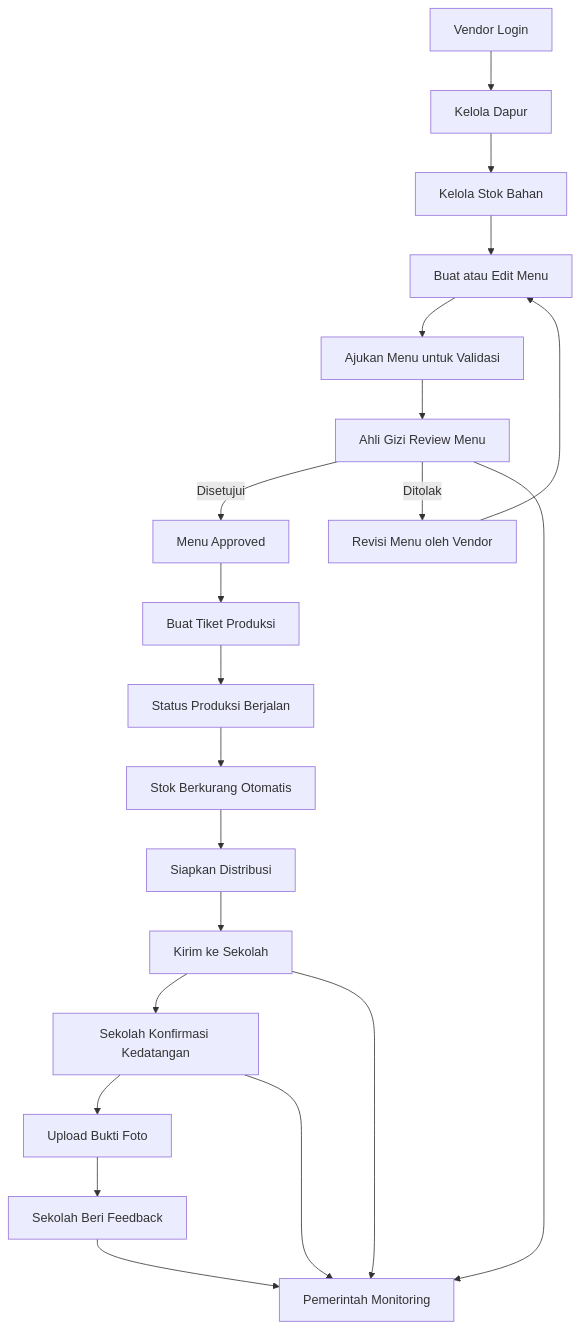
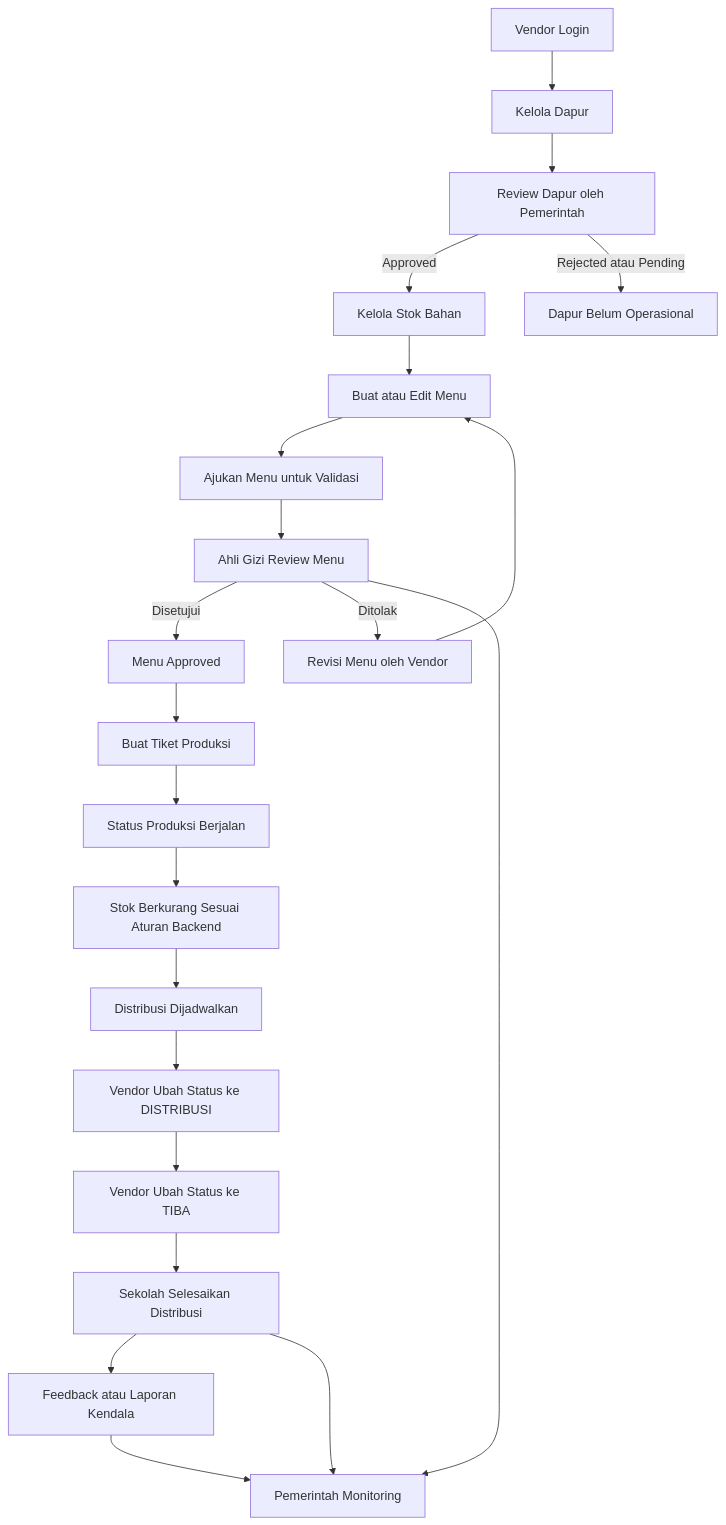
One commit to kaharmc226/Admin-MasBahlilGanteng changed the first of 3 diagrams in project-documentation/03-flowmap.md. Above: the diagram before and after it, drawn with Mermaid. The commit also changed other lines of this file and 8 other files, not shown here.

````diff
--- a/project-documentation/03-flowmap.md
+++ b/project-documentation/03-flowmap.md
@@ -5,23 +5,24 @@
 ```mermaid
 flowchart TD
     A[Vendor Login] --> B[Kelola Dapur]
-    B --> C[Kelola Stok Bahan]
-    C --> D[Buat atau Edit Menu]
-    D --> E[Ajukan Menu untuk Validasi]
-    E --> F[Ahli Gizi Review Menu]
-    F -->|Disetujui| G[Menu Approved]
-    F -->|Ditolak| H[Revisi Menu oleh Vendor]
-    H --> D
-    G --> I[Buat Tiket Produksi]
-    I --> J[Status Produksi Berjalan]
-    J --> K[Stok Berkurang Otomatis]
-    K --> L[Siapkan Distribusi]
-    L --> M[Kirim ke Sekolah]
-    M --> N[Sekolah Konfirmasi Kedatangan]
-    N --> O[Upload Bukti Foto]
-    O --> P[Sekolah Beri Feedback]
-    P --> Q[Pemerintah Monitoring]
-    M --> Q
-    F --> Q
-    N --> Q
+    B --> C[Review Dapur oleh Pemerintah]
+    C -->|Approved| D[Kelola Stok Bahan]
+    C -->|Rejected atau Pending| Z[Dapur Belum Operasional]
+    D --> E[Buat atau Edit Menu]
+    E --> F[Ajukan Menu untuk Validasi]
+    F --> G[Ahli Gizi Review Menu]
+    G -->|Disetujui| H[Menu Approved]
+    G -->|Ditolak| I[Revisi Menu oleh Vendor]
+    I --> E
+    H --> J[Buat Tiket Produksi]
+    J --> K[Status Produksi Berjalan]
+    K --> L[Stok Berkurang Sesuai Aturan Backend]
+    L --> M[Distribusi Dijadwalkan]
+    M --> N[Vendor Ubah Status ke DISTRIBUSI]
+    N --> O[Vendor Ubah Status ke TIBA]
+    O --> P[Sekolah Selesaikan Distribusi]
+    P --> Q[Feedback atau Laporan Kendala]
+    Q --> R[Pemerintah Monitoring]
+    G --> R
+    P --> R
 ```
````
